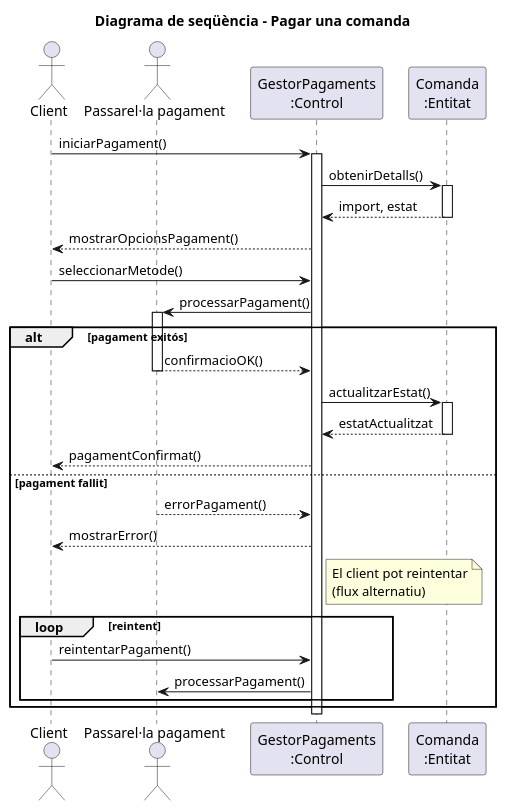
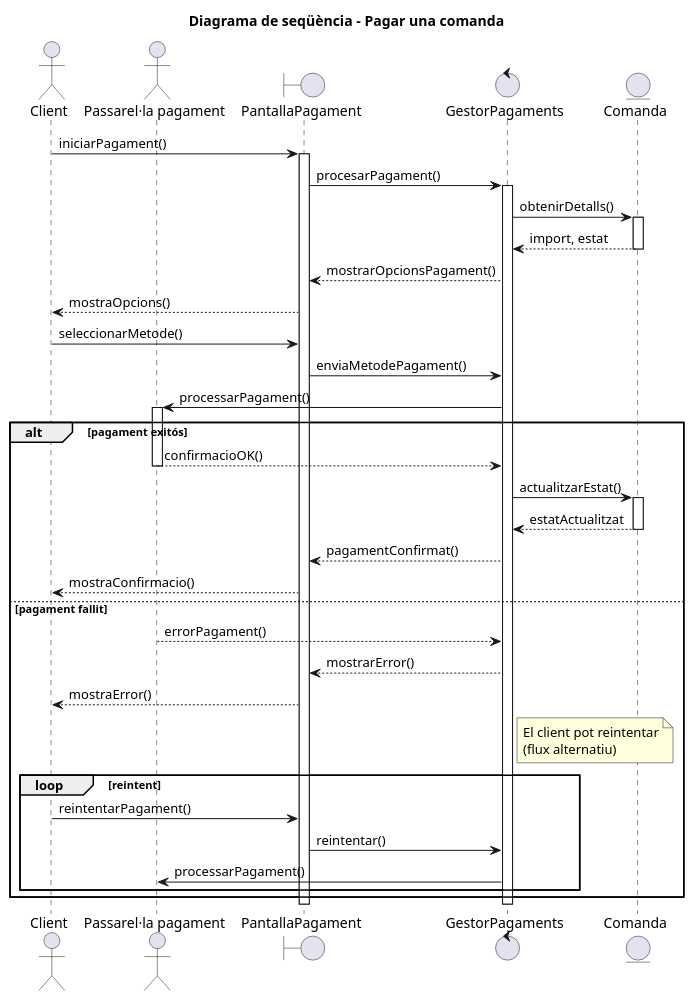
Before and after one commit to enricalv03/ES23UAB-411-08: the diagram in diagrames/sequencia/casos/client/pagar-comanda.puml, drawn with PlantUML.

```diff
--- a/diagrames/sequencia/casos/client/pagar-comanda.puml
+++ b/diagrames/sequencia/casos/client/pagar-comanda.puml
@@ -1,45 +1,56 @@
 @startuml
-title Diagrama de seqüència - Pagar una comanda
+title Diagrama de seqüència - Pagar una comanda   
 
 actor Client
 actor "Passarel·la pagament" as Passarella
 
-participant "GestorPagaments\n:Control" as Gestor
-participant "Comanda\n:Entitat" as ComandaEntitat
+boundary "PantallaPagament" as Pantalla
+control "GestorPagaments" as Gestor
+entity "Comanda" as ComandaEntitat
 
-Client -> Gestor: iniciarPagament()
+Client -> Pantalla: iniciarPagament()
+activate Pantalla
+
+Pantalla -> Gestor: procesarPagament()
 activate Gestor
 
 Gestor -> ComandaEntitat: obtenirDetalls()
 activate ComandaEntitat
 ComandaEntitat --> Gestor: import, estat
 deactivate ComandaEntitat
 
-Gestor --> Client: mostrarOpcionsPagament()
-Client -> Gestor: seleccionarMetode()
+Gestor --> Pantalla: mostrarOpcionsPagament()
+Pantalla --> Client: mostraOpcions()
+
+Client -> Pantalla: seleccionarMetode()
+Pantalla -> Gestor: enviaMetodePagament()
 
 Gestor -> Passarella: processarPagament()
 activate Passarella
 
 alt pagament exitós
     Passarella --> Gestor: confirmacioOK()
     deactivate Passarella
     Gestor -> ComandaEntitat: actualitzarEstat()
     activate ComandaEntitat
     ComandaEntitat --> Gestor: estatActualitzat
     deactivate ComandaEntitat
-    Gestor --> Client: pagamentConfirmat()
+    Gestor --> Pantalla: pagamentConfirmat()
+    Pantalla --> Client: mostraConfirmacio()
 else pagament fallit
     Passarella --> Gestor: errorPagament()
     deactivate Passarella
-    Gestor --> Client: mostrarError()
+    Gestor --> Pantalla: mostrarError()
+    Pantalla --> Client: mostraError()
     note right of Gestor: El client pot reintentar\n(flux alternatiu)
     loop reintent
-        Client -> Gestor: reintentarPagament()
+        Client -> Pantalla: reintentarPagament()
+        Pantalla -> Gestor: reintentar()
         Gestor -> Passarella: processarPagament()
         ' es podria afegir més detall, però es simplifica
     end
 end
 
 deactivate Gestor
+deactivate Pantalla
 @enduml
```
